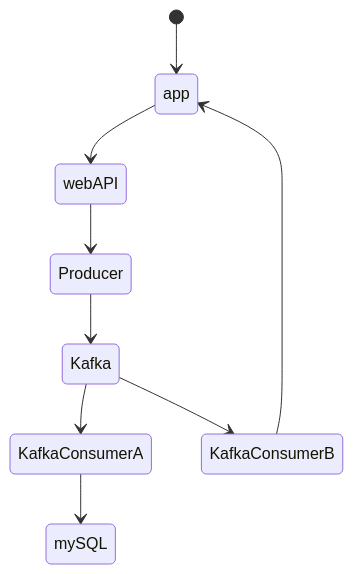
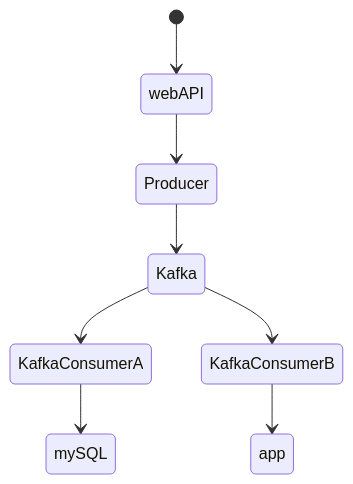
One commit to Bremmster/DWSJ changed the diagram in structure.md. Above: the diagram before and after it, drawn with Mermaid.

Commit message:
refactor

````diff
--- a/structure.md
+++ b/structure.md
@@ -3,12 +3,10 @@
 ```mermaid
 stateDiagram-v2
-    [*] --> app
-    app --> webAPI
+    [*] --> webAPI
     webAPI --> Producer
     Producer --> Kafka
     Kafka --> KafkaConsumerA
     Kafka --> KafkaConsumerB
     KafkaConsumerA --> mySQL
     KafkaConsumerB --> app
-    
 ```
````
